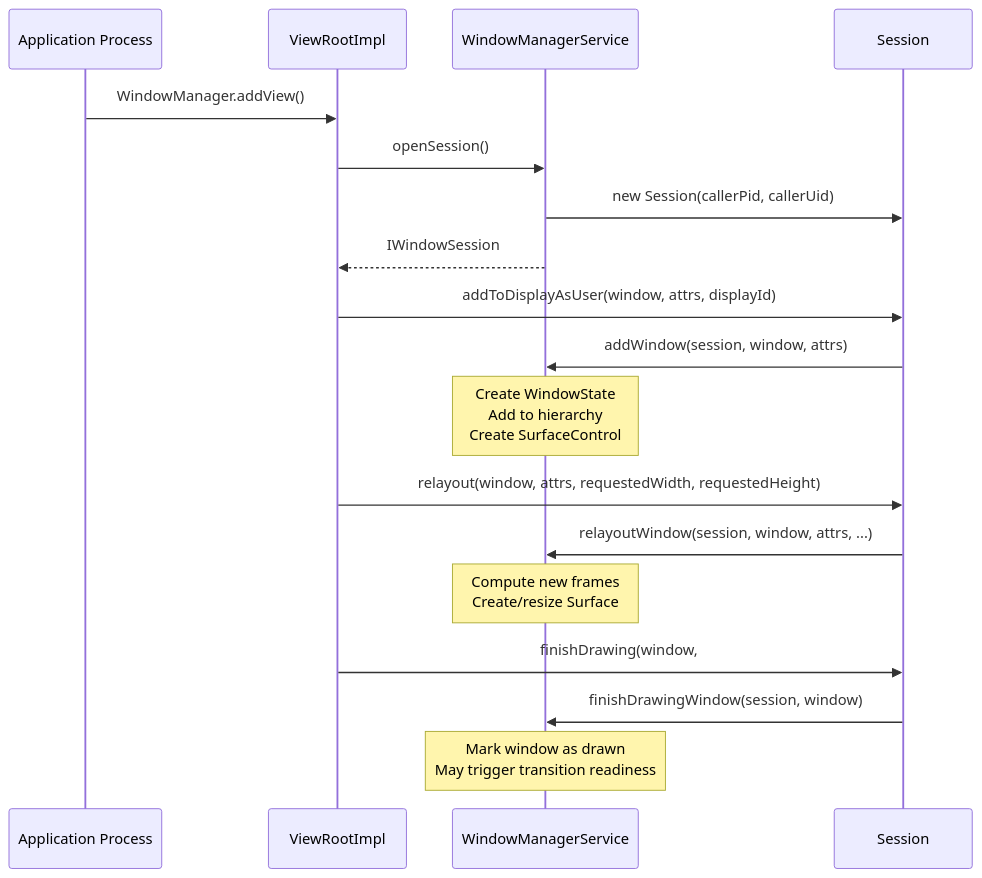
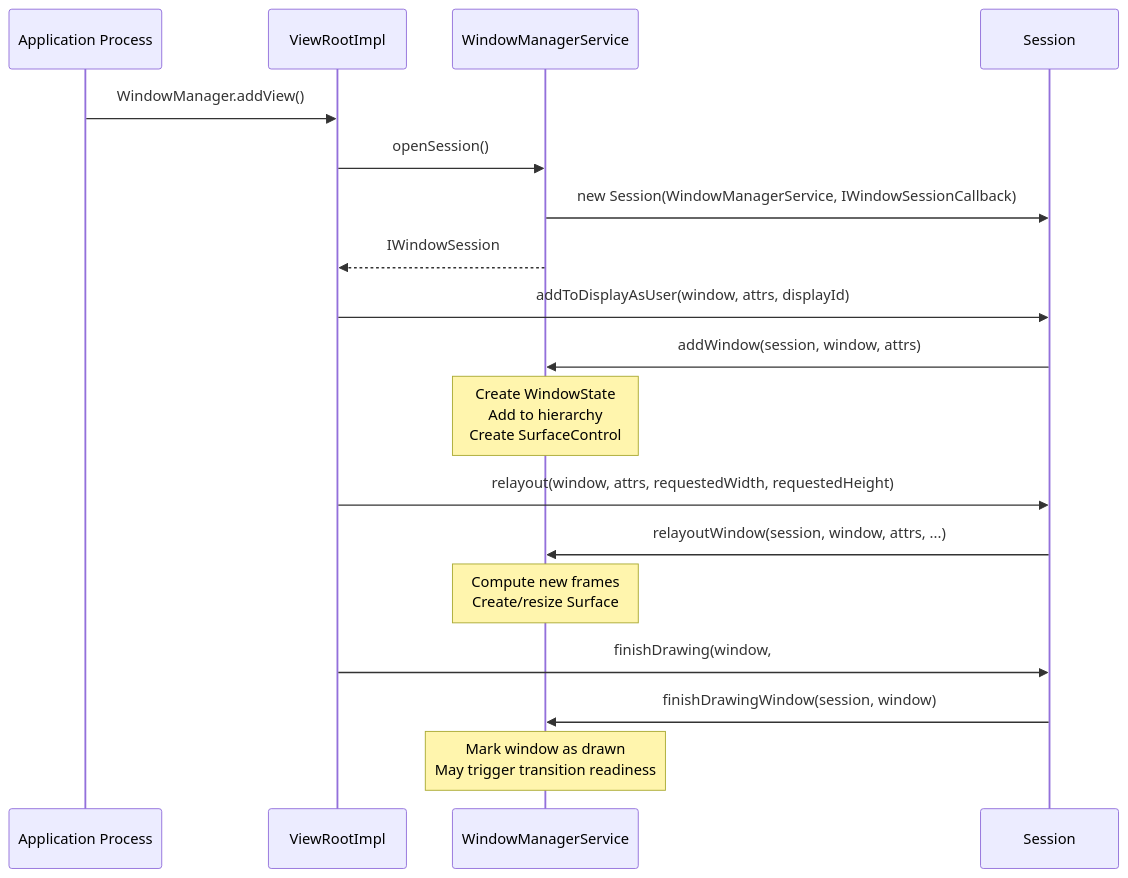
The fourth of 33 diagrams in agents/claude/skills/aosp-framework-core/23-window-system.md (aospbooks/aosp-internal-book), drawn with Mermaid before and after one commit. The commit also changed other lines of this file and 218 other files, not shown here.

````diff
--- a/agents/claude/skills/aosp-framework-core/23-window-system.md
+++ b/agents/claude/skills/aosp-framework-core/23-window-system.md
@@ -413,24 +413,24 @@
 ```mermaid
 sequenceDiagram
     participant App as Application Process
     participant VRI as ViewRootImpl
     participant WMS as WindowManagerService
     participant Sess as Session
 
     App->>VRI: WindowManager.addView()
     VRI->>WMS: openSession()
-    WMS->>Sess: new Session(callerPid, callerUid)
+    WMS->>Sess: new Session(WindowManagerService, IWindowSessionCallback)
     WMS-->>VRI: IWindowSession
 
     VRI->>Sess: addToDisplayAsUser(window, attrs, displayId)
     Sess->>WMS: addWindow(session, window, attrs)
     Note over WMS: Create WindowState<br/>Add to hierarchy<br/>Create SurfaceControl
 
     VRI->>Sess: relayout(window, attrs, requestedWidth, requestedHeight)
     Sess->>WMS: relayoutWindow(session, window, attrs, ...)
     Note over WMS: Compute new frames<br/>Create/resize Surface
 
     VRI->>Sess: finishDrawing(window,
     Sess->>WMS: finishDrawingWindow(session, window)
     Note over WMS: Mark window as drawn<br/>May trigger transition readiness
 ```
````
